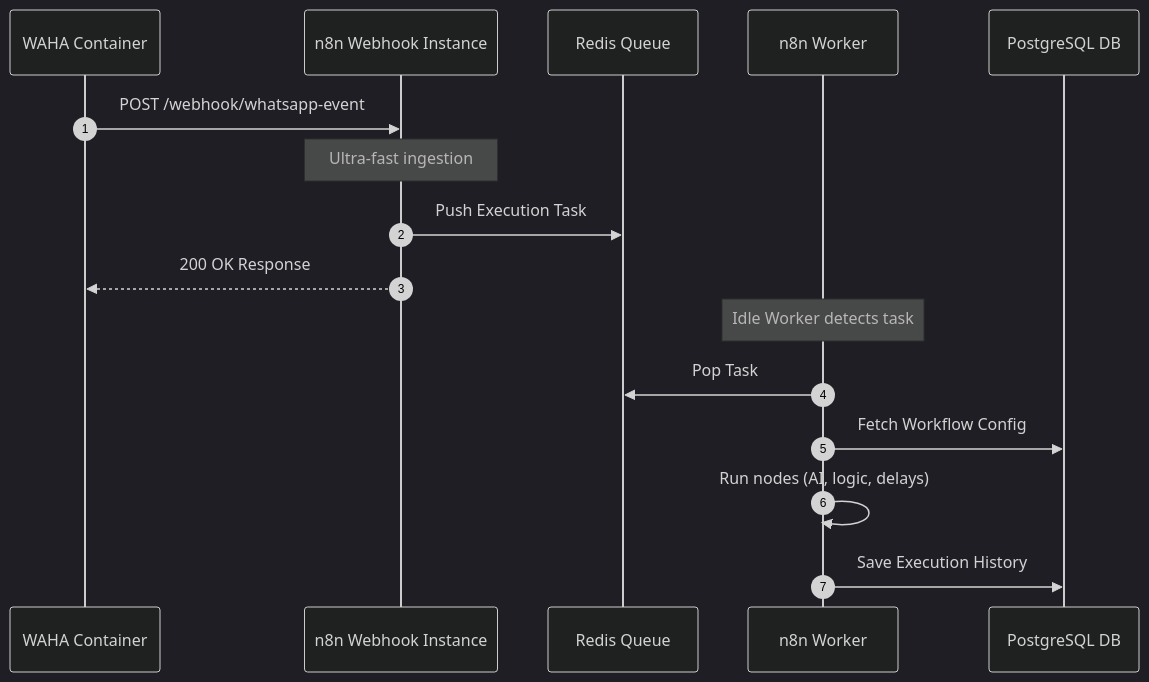
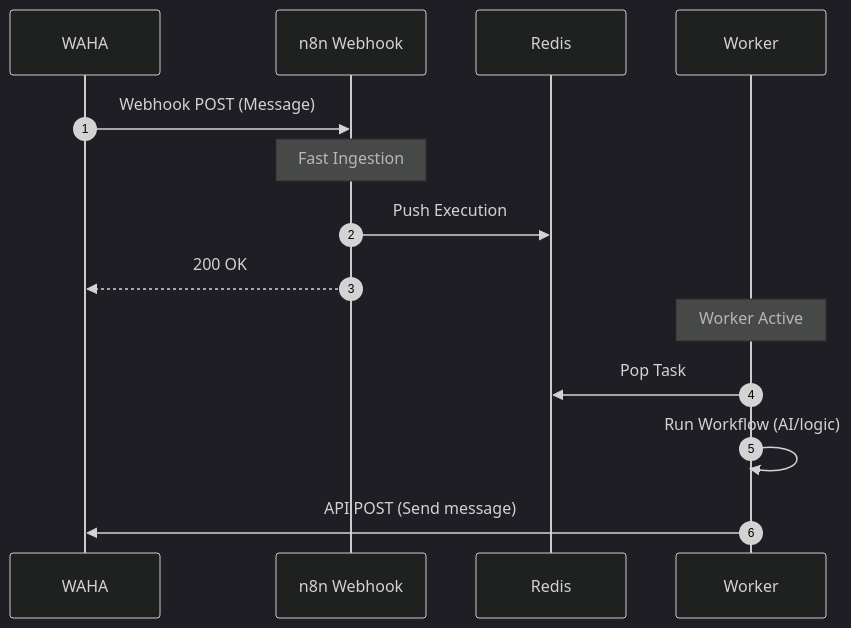
Before and after one commit to yakuyakuku/quartz4site: the third of 3 diagrams in content/Novel/private/WAHA n8n.md, drawn with Mermaid (dark theme). The commit also changed other lines of this file and 1 other file, not shown here.

````diff
--- a/content/Novel/private/WAHA n8n.md
+++ b/content/Novel/private/WAHA n8n.md
@@ -146,20 +122,18 @@
 ```mermaid
 sequenceDiagram
     autonumber
-    participant WAHA as WAHA Container
-    participant WH as n8n Webhook Instance
-    participant Redis as Redis Queue
-    participant Worker as n8n Worker
-    participant DB as PostgreSQL DB
+    participant WAHA as WAHA
+    participant WH as n8n Webhook
+    participant Redis as Redis
+    participant Worker as Worker
 
-    WAHA->>WH: POST /webhook/whatsapp-event
-    Note over WH: Ultra-fast ingestion
-    WH->>Redis: Push Execution Task
-    WH-->>WAHA: 200 OK Response
+    WAHA->>WH: Webhook POST (Message)
+    Note over WH: Fast Ingestion
+    WH->>Redis: Push Execution
+    WH-->>WAHA: 200 OK
     
-    Note over Worker: Idle Worker detects task
+    Note over Worker: Worker Active
     Worker->>Redis: Pop Task
-    Worker->>DB: Fetch Workflow Config
-    Worker->>Worker: Run nodes (AI, logic, delays)
-    Worker->>DB: Save Execution History
+    Worker->>Worker: Run Workflow (AI/logic)
+    Worker->>WAHA: API POST (Send message)
 ```
````
